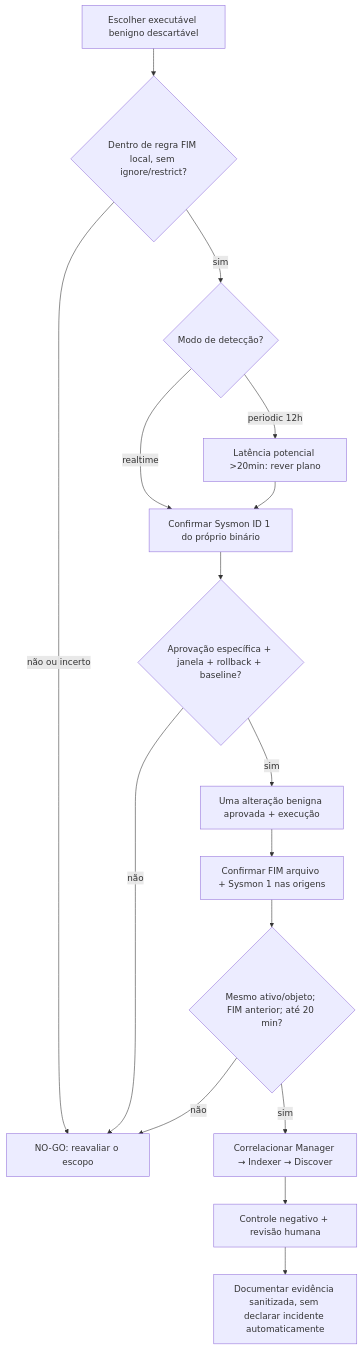
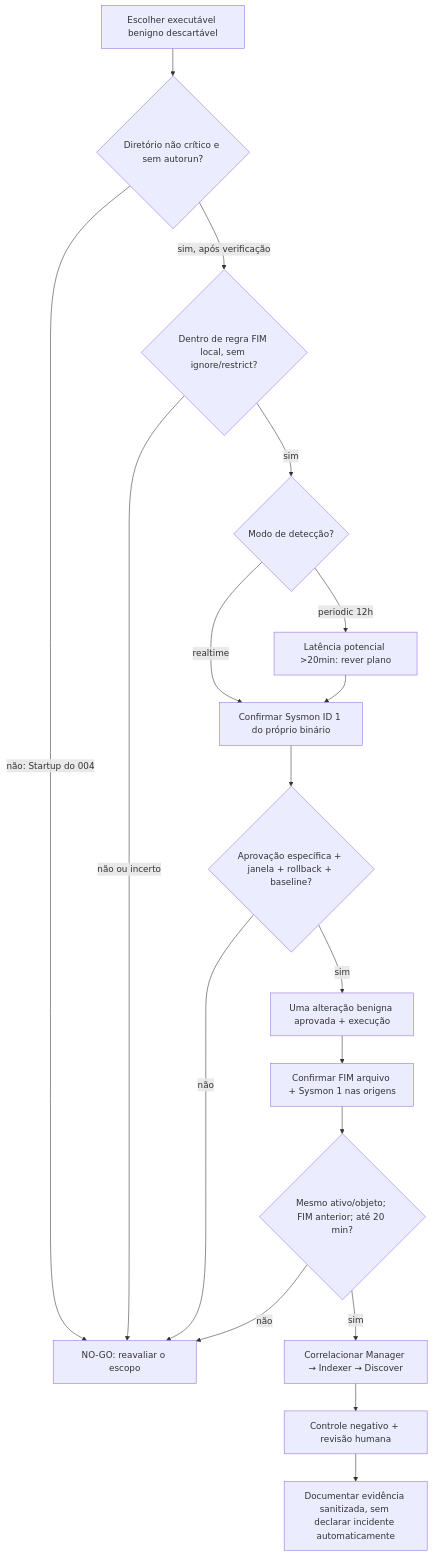
Before and after one commit to raphaelguterres/threat-hunting-detection-lab: the third of 3 diagrams in docs/m1-scope-and-h03-diagrams-20261104.md, drawn with Mermaid. The commit also changed other lines of this file and 4 other files, not shown here.

````diff
--- a/docs/m1-scope-and-h03-diagrams-20261104.md
+++ b/docs/m1-scope-and-h03-diagrams-20261104.md
@@ -53,18 +53,20 @@
 ```mermaid
 flowchart TD
-  A["Escolher executável benigno descartável"] --> B{"Dentro de regra FIM local, sem ignore/restrict?"}
+  A["Escolher executável benigno descartável"] --> S{"Diretório não crítico e sem autorun?"}
+  S -->|"não: Startup do 004"| N["NO-GO: reavaliar o escopo"]
+  S -->|"sim, após verificação"| B{"Dentro de regra FIM local, sem ignore/restrict?"}
   B -->|"não ou incerto"| N["NO-GO: reavaliar o escopo"]
   B -->|"sim"| C{"Modo de detecção?"}
   C -->|"periodic 12h"| D["Latência potencial >20min: rever plano"]
   C -->|"realtime"| E["Confirmar Sysmon ID 1 do próprio binário"]
   D --> E
   E --> F{"Aprovação específica + janela + rollback + baseline?"}
   F -->|"não"| N
   F -->|"sim"| G["Uma alteração benigna aprovada + execução"]
   G --> H["Confirmar FIM arquivo + Sysmon 1 nas origens"]
   H --> I{"Mesmo ativo/objeto; FIM anterior; até 20 min?"}
   I -->|"não"| N
   I -->|"sim"| J["Correlacionar Manager → Indexer → Discover"]
   J --> K["Controle negativo + revisão humana"]
   K --> L["Documentar evidência sanitizada, sem declarar incidente automaticamente"]
 ```
````
